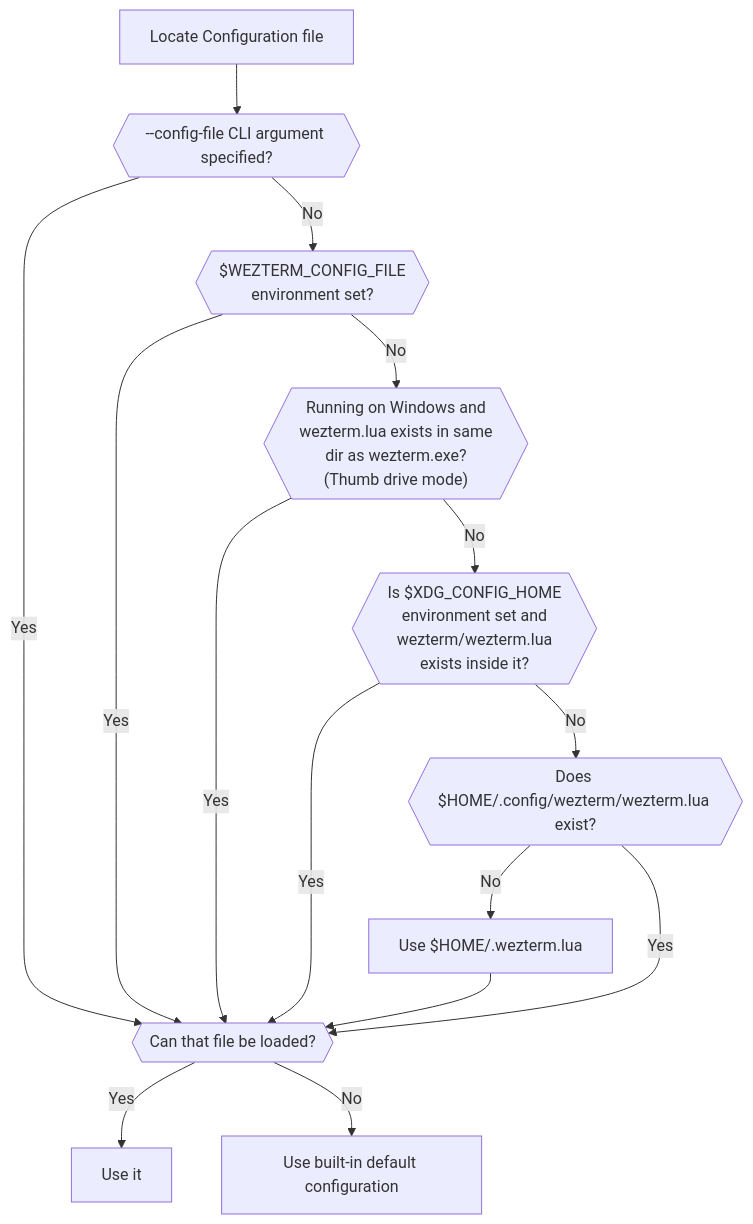
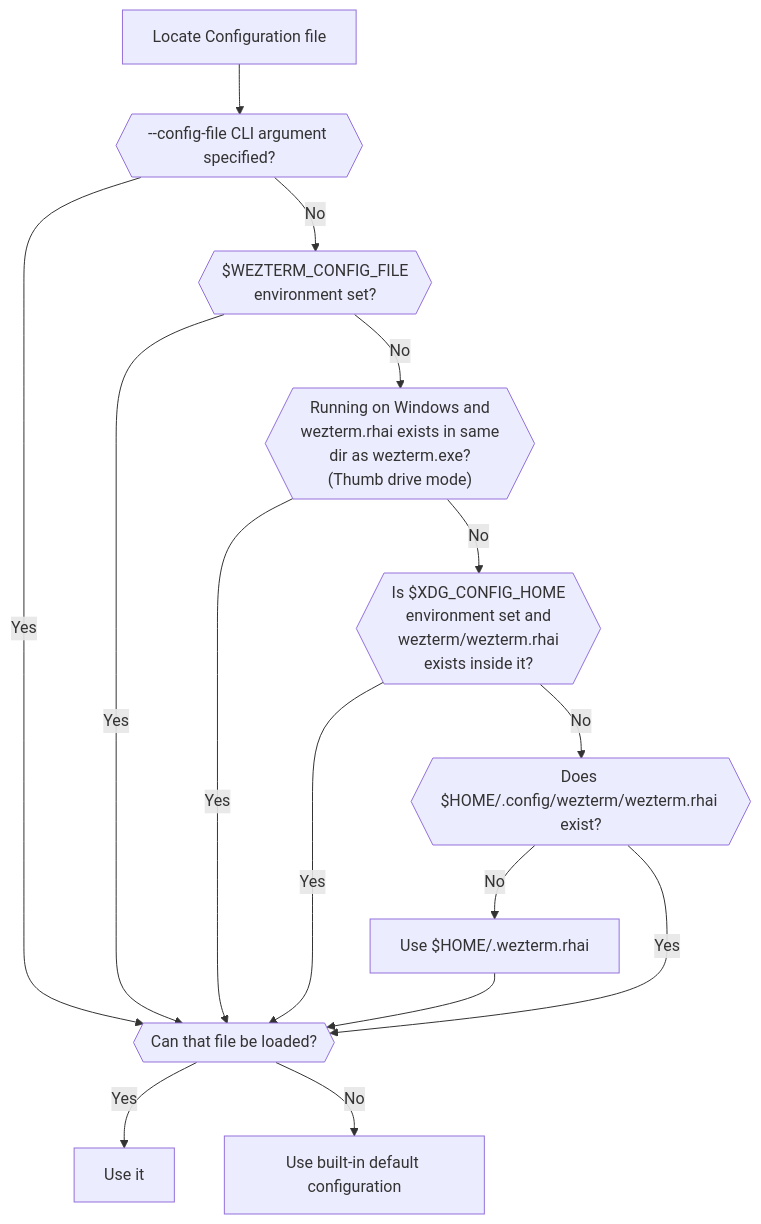
One commit to PHPCraftdream/OnlyTerm changed the diagram in docs/config/files.md. Above: the diagram before and after it, drawn with Mermaid. The commit also changed other lines of this file and 4 other files, not shown here.

First line of the commit message:
docs: Lua-to-rhai migration guide (L6)

````diff
--- a/docs/config/files.md
+++ b/docs/config/files.md
@@ -50,17 +52,17 @@
 ```mermaid
 graph TD
   X[Locate Configuration file] --> A{{--config-file CLI argument specified?}}
   A -->|Yes| B{{Can that file be loaded?}}
   B -->|Yes| C[Use it]
   B -->|No| D[Use built-in default configuration]
   A -->|No| E{{$WEZTERM_CONFIG_FILE<br/>environment set?}}
   E -->|Yes| B
-  E -->|No| F{{"Running on Windows and<br/>wezterm.lua exists in same<br/>dir as wezterm.exe?<br/>(Thumb drive mode)"}}
+  E -->|No| F{{"Running on Windows and<br/>wezterm.rhai exists in same<br/>dir as wezterm.exe?<br/>(Thumb drive mode)"}}
   F -->|Yes| B
-  F -->|No| H{{Is $XDG_CONFIG_HOME<br/>environment set and<br/>wezterm/wezterm.lua<br/>exists inside it?}}
+  F -->|No| H{{Is $XDG_CONFIG_HOME<br/>environment set and<br/>wezterm/wezterm.rhai<br/>exists inside it?}}
   H -->|Yes| B
   J --> B
-  H -->|No| K{{Does $HOME/.config/wezterm/wezterm.lua exist?}}
+  H -->|No| K{{Does $HOME/.config/wezterm/wezterm.rhai exist?}}
   K -->|Yes| B
-  K -->|No| J[Use $HOME/.wezterm.lua]
+  K -->|No| J[Use $HOME/.wezterm.rhai]
 ```
````
